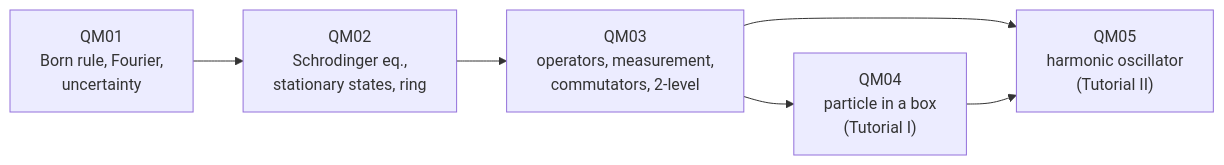
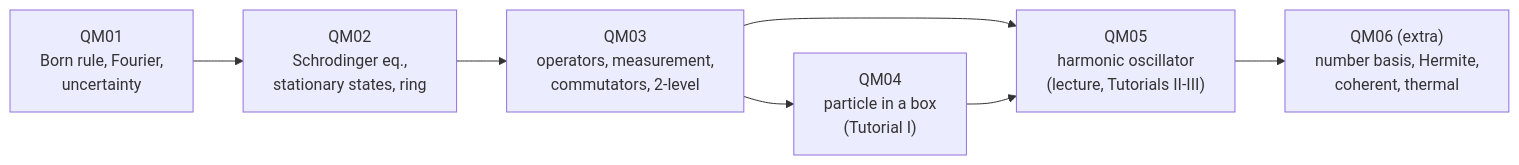
One commit to etswastik712/notes changed the diagram in 06-Quantum-Mechanics/Quantum Mechanics - Course Map.md. Above: the diagram before and after it, drawn with Mermaid. The commit also changed other lines of this file and 6 other files, not shown here.

````diff
--- a/06-Quantum-Mechanics/Quantum Mechanics - Course Map.md
+++ b/06-Quantum-Mechanics/Quantum Mechanics - Course Map.md
@@ -21,8 +21,9 @@
 ```mermaid
 flowchart LR
   A["QM01<br/>Born rule, Fourier,<br/>uncertainty"] --> B["QM02<br/>Schrodinger eq.,<br/>stationary states, ring"]
   B --> C["QM03<br/>operators, measurement,<br/>commutators, 2-level"]
   C --> D["QM04<br/>particle in a box<br/>(Tutorial I)"]
-  C --> E["QM05<br/>harmonic oscillator<br/>(Tutorial II)"]
+  C --> E["QM05<br/>harmonic oscillator<br/>(lecture, Tutorials II-III)"]
   D --> E
+  E --> F["QM06 (extra)<br/>number basis, Hermite,<br/>coherent, thermal"]
 ```
````
